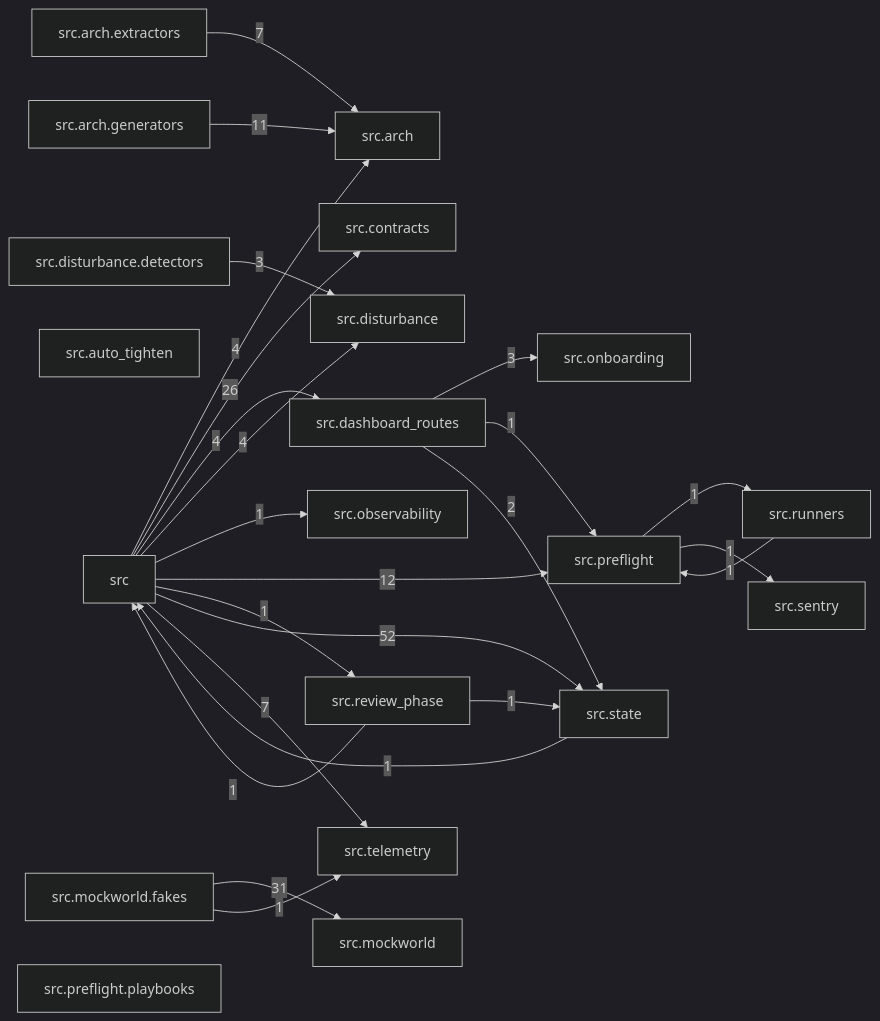
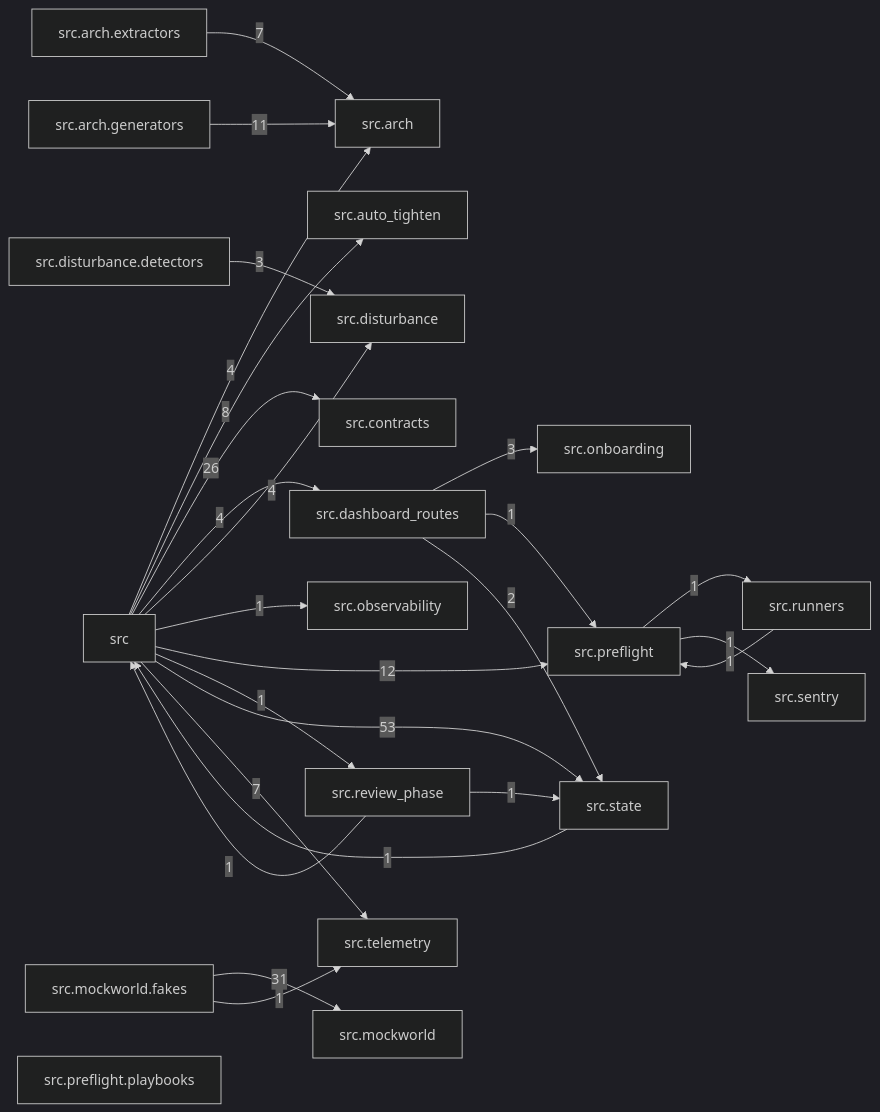
Before and after one commit to T-rav/hydraflow: the diagram in docs/arch/generated/modules.md, drawn with Mermaid (dark theme). The commit also changed 11 other files, not shown here.

First line of the commit message:
feat(auto-tighten): AutoTightenLoop caretaker loop

````diff
--- a/docs/arch/generated/modules.md
+++ b/docs/arch/generated/modules.md
@@ -7,46 +7,47 @@
 ```mermaid
 graph LR
     src["src"]
     src_arch["src.arch"]
     src_arch_extractors["src.arch.extractors"]
     src_arch_generators["src.arch.generators"]
     src_auto_tighten["src.auto_tighten"]
     src_contracts["src.contracts"]
     src_dashboard_routes["src.dashboard_routes"]
     src_disturbance["src.disturbance"]
     src_disturbance_detectors["src.disturbance.detectors"]
     src_mockworld["src.mockworld"]
     src_mockworld_fakes["src.mockworld.fakes"]
     src_observability["src.observability"]
     src_onboarding["src.onboarding"]
     src_preflight["src.preflight"]
     src_preflight_playbooks["src.preflight.playbooks"]
     src_review_phase["src.review_phase"]
     src_runners["src.runners"]
     src_sentry["src.sentry"]
     src_state["src.state"]
     src_telemetry["src.telemetry"]
     src -- "4" --> src_arch
+    src -- "8" --> src_auto_tighten
     src -- "26" --> src_contracts
     src -- "4" --> src_dashboard_routes
     src -- "4" --> src_disturbance
     src -- "1" --> src_observability
     src -- "12" --> src_preflight
     src -- "1" --> src_review_phase
-    src -- "52" --> src_state
+    src -- "53" --> src_state
     src -- "7" --> src_telemetry
     src_arch_extractors -- "7" --> src_arch
     src_arch_generators -- "11" --> src_arch
     src_dashboard_routes -- "3" --> src_onboarding
     src_dashboard_routes -- "1" --> src_preflight
     src_dashboard_routes -- "2" --> src_state
     src_disturbance_detectors -- "3" --> src_disturbance
     src_mockworld_fakes -- "31" --> src_mockworld
     src_mockworld_fakes -- "1" --> src_telemetry
     src_preflight -- "1" --> src_runners
     src_preflight -- "1" --> src_sentry
     src_review_phase -- "1" --> src
     src_review_phase -- "1" --> src_state
     src_runners -- "1" --> src_preflight
     src_state -- "1" --> src
 ```
````
